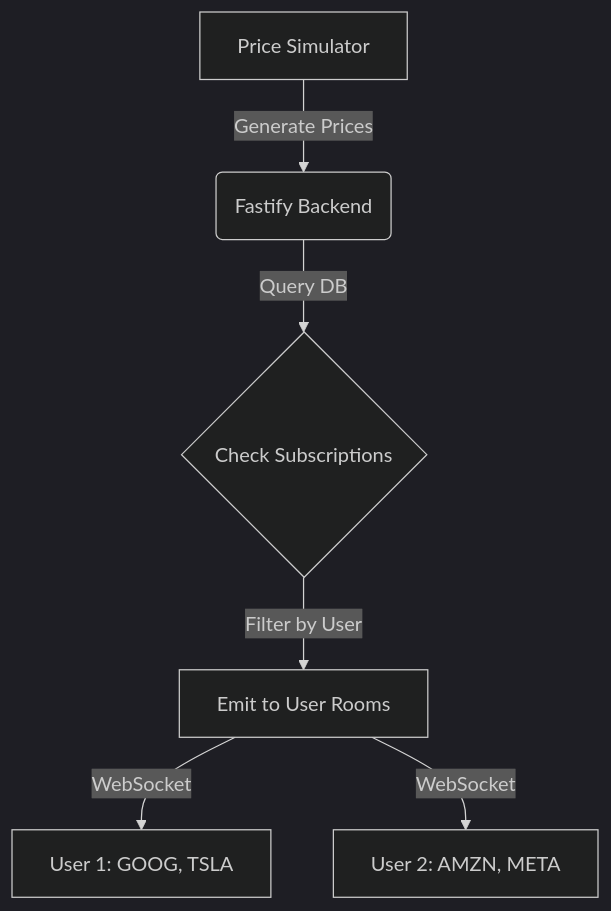
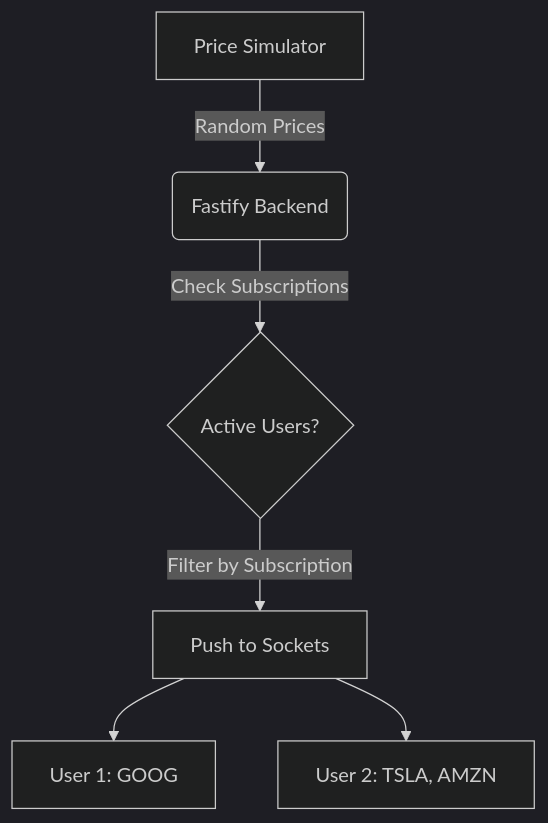
Before and after one commit to Akshat0359/stock-broker-dashboard: the second of 2 diagrams in README.md, drawn with Mermaid (dark theme). The commit also changed other lines of this file, not shown here.

````diff
--- a/README.md
+++ b/README.md
@@ -62,8 +51,8 @@
 ```mermaid
 flowchart TD
-    Sim[Price Simulator] -->|Generate Prices| Backend(Fastify Backend)
-    Backend -->|Query DB| Subs{Check Subscriptions}
-    Subs -->|Filter by User| Emit[Emit to User Rooms]
-    Emit -->|WebSocket| User1[User 1: GOOG, TSLA]
-    Emit -->|WebSocket| User2[User 2: AMZN, META]
+    Sim[Price Simulator] -->|Random Prices| Backend(Fastify Backend)
+    Backend -->|Check Subscriptions| Subs{Active Users?}
+    Subs -->|Filter by Subscription| Emit[Push to Sockets]
+    Emit --> User1[User 1: GOOG]
+    Emit --> User2[User 2: TSLA, AMZN]
 ```
````
